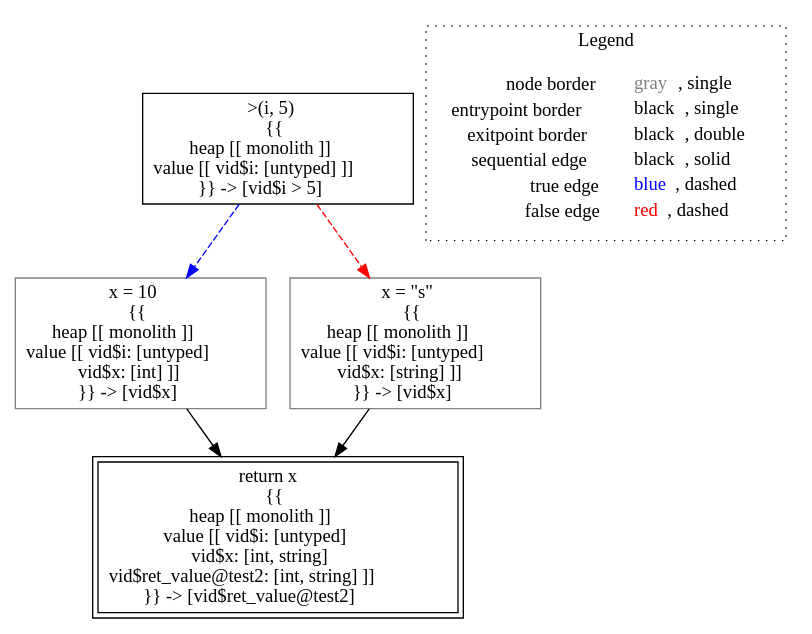
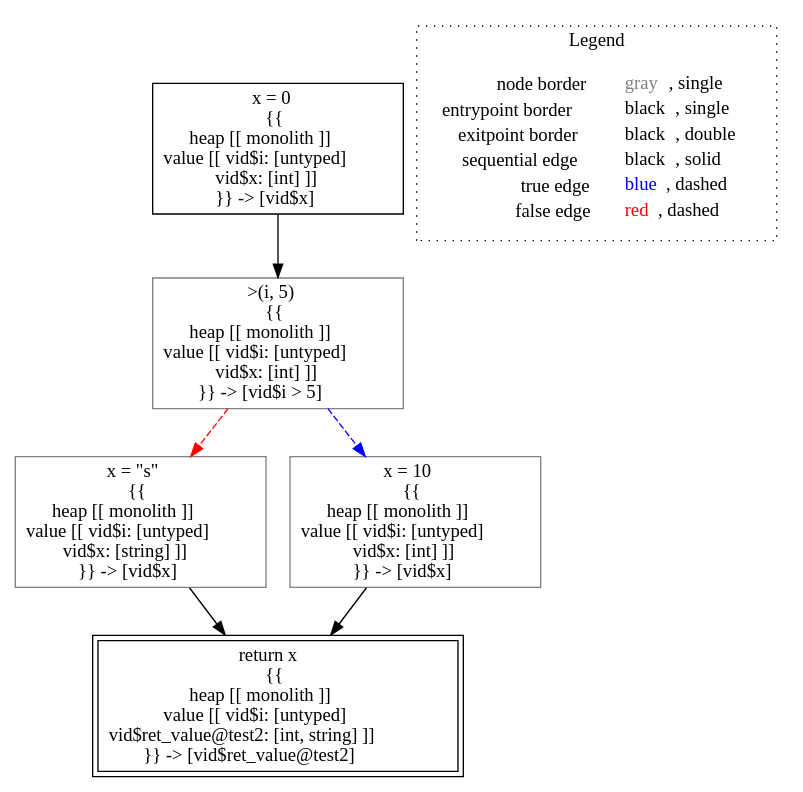
The diagram in lisa/imp-testcases/type-inference/typing___untyped_typing.test2(untyped_i).dot (lisa-analyzer/lisa), drawn with Graphviz before and after one commit. The commit also changed 57 other files, not shown here.

```diff
--- a/lisa/imp-testcases/type-inference/typing___untyped_typing.test2(untyped_i).dot
+++ b/lisa/imp-testcases/type-inference/typing___untyped_typing.test2(untyped_i).dot
@@ -1,17 +1,19 @@
 digraph {
-	"node0" [shape="rect",color="black",label=<&gt;(i, 5)<BR/>{{<BR/>heap [[ monolith ]]<BR/>value [[ vid$i: [untyped] ]]<BR/>}} -&gt; [vid$i &gt; 5]>];
-	"node1" [shape="rect",color="gray",label=<x = 10<BR/>{{<BR/>heap [[ monolith ]]<BR/>value [[ vid$i: [untyped]<BR/>vid$x: [int] ]]<BR/>}} -&gt; [vid$x]>];
-	"node2" [shape="rect",color="black",peripheries="2",label=<return x<BR/>{{<BR/>heap [[ monolith ]]<BR/>value [[ vid$i: [untyped]<BR/>vid$x: [int, string]<BR/>vid$ret_value@test2: [int, string] ]]<BR/>}} -&gt; [vid$ret_value@test2]>];
-	"node3" [shape="rect",color="gray",label=<x = &quot;s&quot;<BR/>{{<BR/>heap [[ monolith ]]<BR/>value [[ vid$i: [untyped]<BR/>vid$x: [string] ]]<BR/>}} -&gt; [vid$x]>];
-	"node1" -> "node2" [color="black"];
-	"node0" -> "node1" [color="blue",style="dashed"];
-	"node0" -> "node3" [color="red",style="dashed"];
-	"node3" -> "node2" [color="black"];
+	"node0" [shape="rect",color="black",label=<x = 0<BR/>{{<BR/>heap [[ monolith ]]<BR/>value [[ vid$i: [untyped]<BR/>vid$x: [int] ]]<BR/>}} -&gt; [vid$x]>];
+	"node1" [shape="rect",color="gray",label=<&gt;(i, 5)<BR/>{{<BR/>heap [[ monolith ]]<BR/>value [[ vid$i: [untyped]<BR/>vid$x: [int] ]]<BR/>}} -&gt; [vid$i &gt; 5]>];
+	"node2" [shape="rect",color="gray",label=<x = &quot;s&quot;<BR/>{{<BR/>heap [[ monolith ]]<BR/>value [[ vid$i: [untyped]<BR/>vid$x: [string] ]]<BR/>}} -&gt; [vid$x]>];
+	"node3" [shape="rect",color="gray",label=<x = 10<BR/>{{<BR/>heap [[ monolith ]]<BR/>value [[ vid$i: [untyped]<BR/>vid$x: [int] ]]<BR/>}} -&gt; [vid$x]>];
+	"node4" [shape="rect",color="black",peripheries="2",label=<return x<BR/>{{<BR/>heap [[ monolith ]]<BR/>value [[ vid$i: [untyped]<BR/>vid$ret_value@test2: [int, string] ]]<BR/>}} -&gt; [vid$ret_value@test2]>];
+	"node0" -> "node1" [color="black"];
+	"node1" -> "node2" [color="red",style="dashed"];
+	"node1" -> "node3" [color="blue",style="dashed"];
+	"node2" -> "node4" [color="black"];
+	"node3" -> "node4" [color="black"];
 subgraph cluster_legend {
 	label="Legend";
 	style=dotted;
 	node [shape=plaintext];
 	"legend" [label=<<table border="0" cellpadding="2" cellspacing="0" cellborder="0"><tr><td align="right">node border&nbsp;</td><td align="left"><font color="gray">gray</font>, single</td></tr><tr><td align="right">entrypoint border&nbsp;</td><td align="left"><font color="black">black</font>, single</td></tr><tr><td align="right">exitpoint border&nbsp;</td><td align="left"><font color="black">black</font>, double</td></tr><tr><td align="right">sequential edge&nbsp;</td><td align="left"><font color="black">black</font>, solid</td></tr><tr><td align="right">true edge&nbsp;</td><td align="left"><font color="blue">blue</font>, dashed</td></tr><tr><td align="right">false edge&nbsp;</td><td align="left"><font color="red">red</font>, dashed</td></tr></table>>];
 }
 
 }
```
